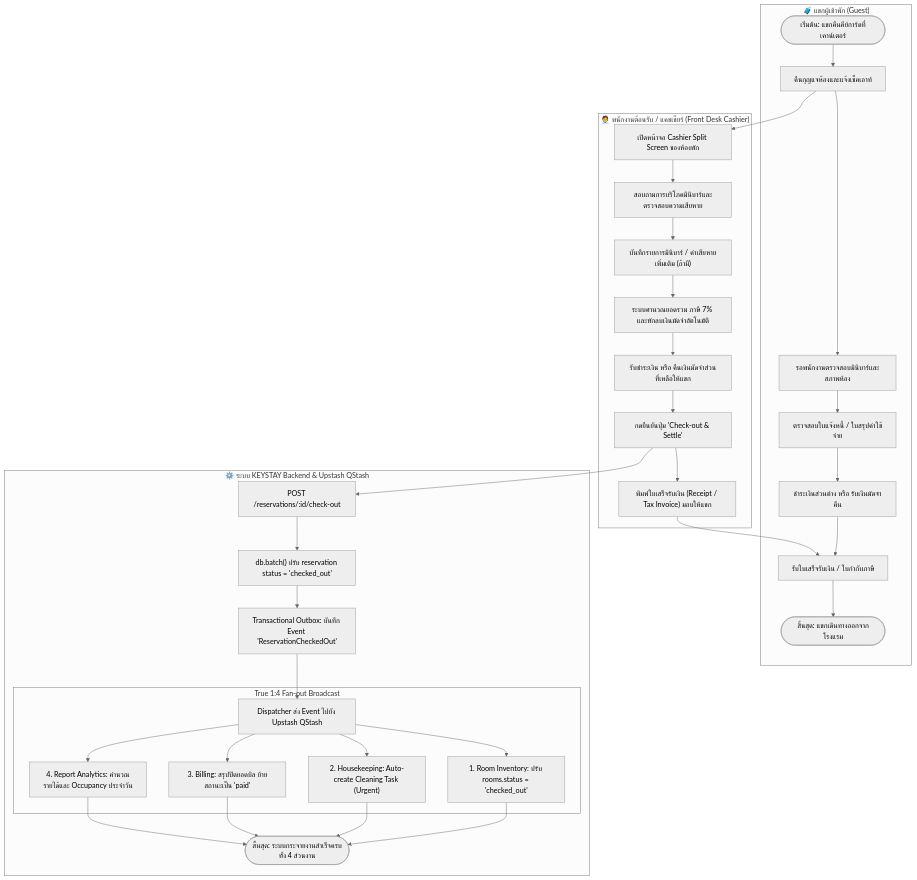
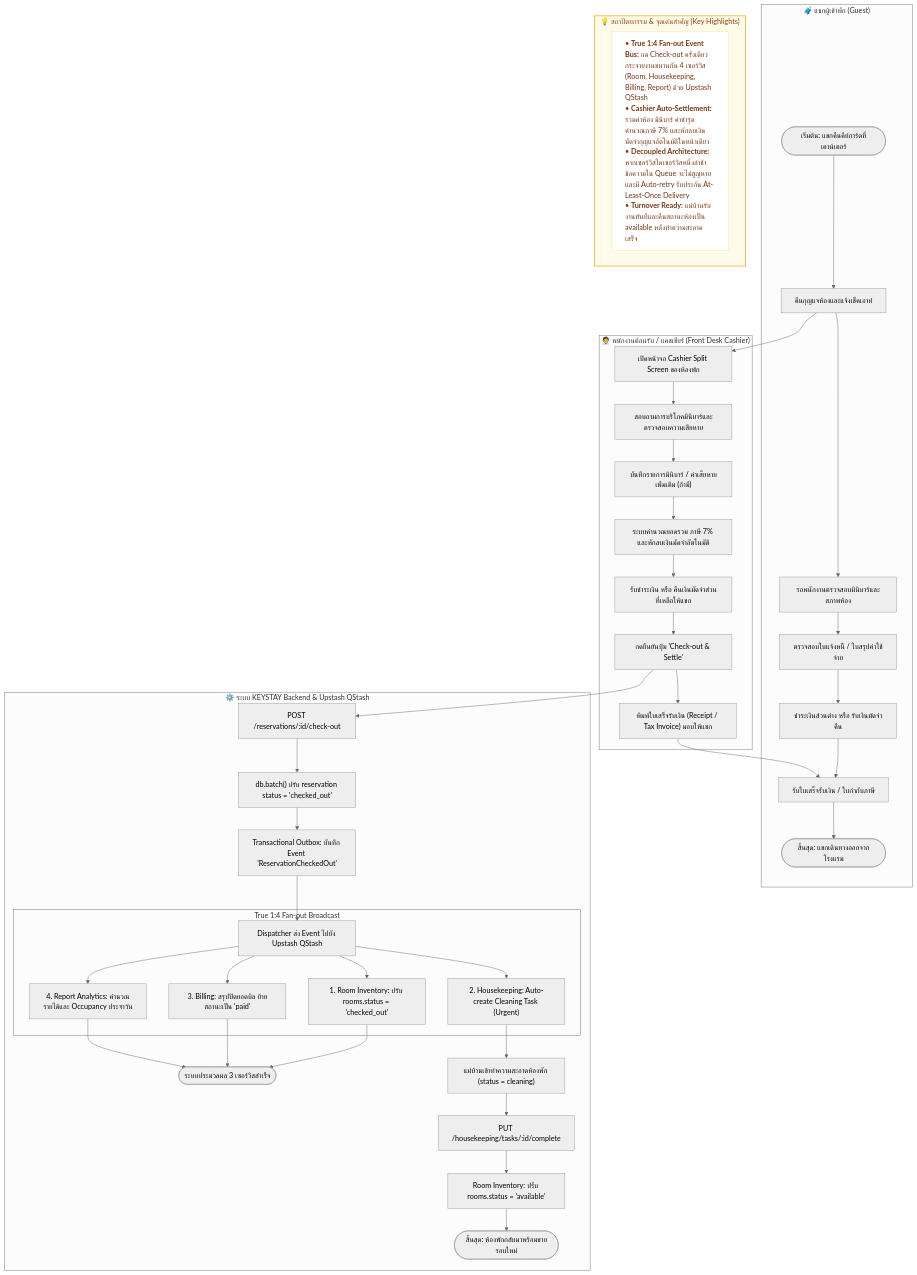
One commit to csi204/keystay changed the fourth of 22 diagrams in README.md. Above: the diagram before and after it, drawn with Mermaid (neutral theme). The commit also changed other lines of this file and 3 other files, not shown here.

Commit message:
docs: embed key highlights inside diagrams and complete AC2 closed-loop room turnover

````diff
--- a/README.md
+++ b/README.md
@@ -445,37 +476,47 @@
 ```mermaid
 flowchart TD
     subgraph GUEST3 [" 🧳 แขกผู้เข้าพัก (Guest) "]
         A3(["เริ่มต้น: แขกคืนคีย์การ์ดที่เคาน์เตอร์"]) --> B3["คืนกุญแจห้องและแจ้งเช็คเอาท์"]
         B3 --> C3["รอพนักงานตรวจสอบมินิบาร์และสภาพห้อง"]
         C3 --> D3["ตรวจสอบใบแจ้งหนี้ / ใบสรุปค่าใช้จ่าย"]
         D3 --> E3["ชำระเงินส่วนต่าง หรือ รับเงินมัดจำคืน"]
         E3 --> F3["รับใบเสร็จรับเงิน / ใบกำกับภาษี"]
         F3 --> G3(["สิ้นสุด: แขกเดินทางออกจากโรงแรม"])
     end
 
     subgraph FRONT_DESK3 [" 🧑‍💼 พนักงานต้อนรับ / แคชเชียร์ (Front Desk Cashier) "]
         B3 --> H3["เปิดหน้าจอ Cashier Split Screen ของห้องพัก"]
         H3 --> I3["สอบถามการบริโภคมินิบาร์และตรวจสอบความเสียหาย"]
         I3 --> J3["บันทึกรายการมินิบาร์ / ค่าเสียหายเพิ่มเติม (ถ้ามี)"]
         J3 --> K3["ระบบคำนวณยอดรวม ภาษี 7% และหักลบเงินมัดจำอัตโนมัติ"]
         K3 --> L3["รับชำระเงิน หรือ คืนเงินมัดจำส่วนที่เหลือให้แขก"]
         L3 --> M3["กดยืนยันปุ่ม 'Check-out & Settle'"]
         M3 --> N3["พิมพ์ใบเสร็จรับเงิน (Receipt / Tax Invoice) มอบให้แขก"]
         N3 --> F3
     end
 
     subgraph SYSTEM3 [" ⚙️ ระบบ KEYSTAY Backend & Upstash QStash "]
         M3 --> O3["POST /reservations/:id/check-out"]
         O3 --> P3["db.batch() ปรับ reservation status = 'checked_out'"]
         P3 --> Q3["Transactional Outbox: บันทึก Event 'ReservationCheckedOut'"]
         Q3 --> R3["Dispatcher ส่ง Event ไปยัง Upstash QStash"]
         
         subgraph FAN_OUT [" True 1:4 Fan-out Broadcast "]
             R3 --> S3["1. Room Inventory: ปรับ rooms.status = 'checked_out'"]
             R3 --> T3["2. Housekeeping: Auto-create Cleaning Task (Urgent)"]
             R3 --> U3["3. Billing: สรุปปิดยอดบิล ย้ายสถานะเป็น 'paid'"]
             R3 --> V3["4. Report Analytics: คำนวณรายได้และ Occupancy ประจำวัน"]
         end
-        S3 & T3 & U3 & V3 --> W3(["สิ้นสุด: ระบบกระจายงานสำเร็จครบทั้ง 4 ส่วนงาน"])
+        S3 & U3 & V3 --> W3(["ระบบประมวลผล 3 เซอร์วิสสำเร็จ"])
+        T3 --> HK_CLEAN["แม่บ้านเข้าทำความสะอาดห้องพัก (status = cleaning)"]
+        HK_CLEAN --> HK_DONE["PUT /housekeeping/tasks/:id/complete"]
+        HK_DONE --> RM_AVAIL["Room Inventory: ปรับ rooms.status = 'available'"]
+        RM_AVAIL --> W3_END(["สิ้นสุด: ห้องพักกลับมาพร้อมขายรอบใหม่"])
     end
+
+    subgraph HIGHLIGHTS3 [" 💡 สถาปัตยกรรม & จุดเด่นสำคัญ (Key Highlights) "]
+        H3_BOX["• <b>True 1:4 Fan-out Event Bus:</b> กด Check-out ครั้งเดียวกระจายงานขนานกัน 4 เซอร์วิส (Room, Housekeeping, Billing, Report) ด้วย Upstash QStash<br/>• <b>Cashier Auto-Settlement:</b> รวมค่าห้อง มินิบาร์ ค่าชำรุด คำนวณภาษี 7% และหักลบเงินมัดจำกุญแจอัตโนมัติในหน้าเดียว<br/>• <b>Decoupled Architecture:</b> หากเซอร์วิสใดเซอร์วิสหนึ่งล่าช้า ข้อความใน Queue จะไม่สูญหายและมี Auto-retry รับประกัน At-Least-Once Delivery<br/>• <b>Turnover Ready:</b> แม่บ้านรับงานทันทีและคืนสถานะห้องเป็น available หลังทำความสะอาดเสร็จ"]
+    end
+    style HIGHLIGHTS3 fill:#fffbeb,stroke:#f59e0b,stroke-width:1.5px,color:#92400e
+    style H3_BOX fill:#ffffff,stroke:#fde68a,color:#78350f,text-align:left
 ```
````
